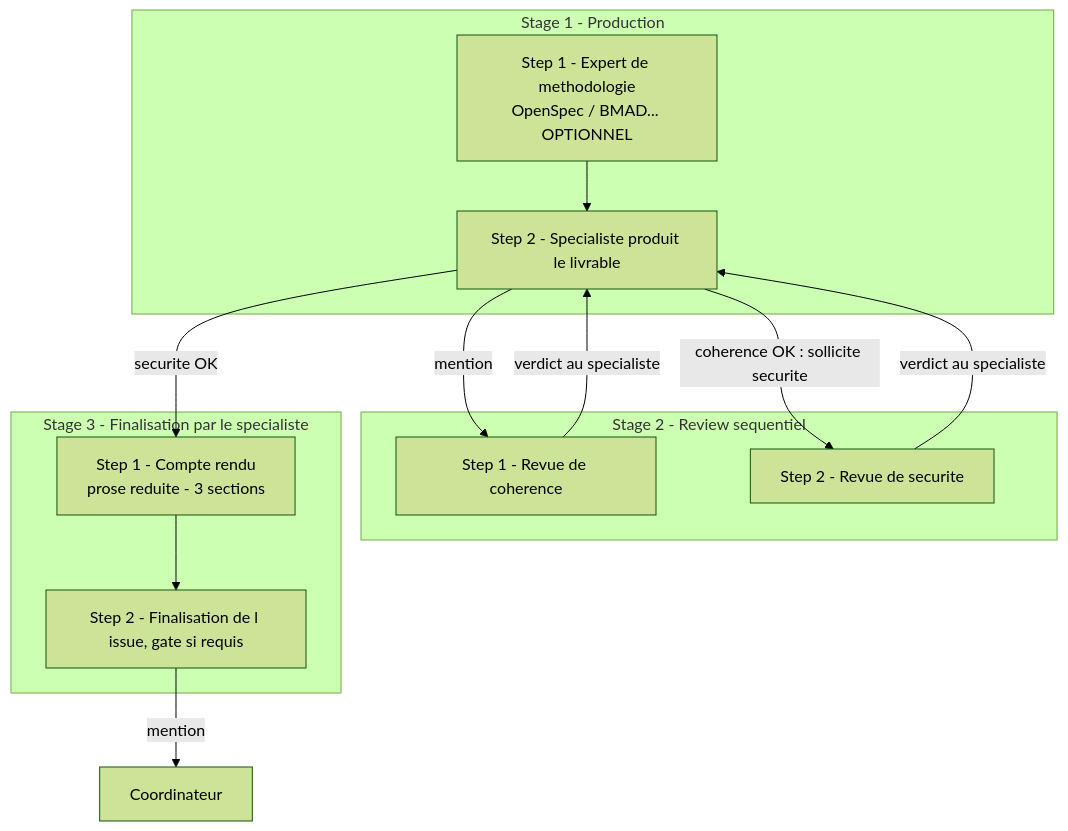
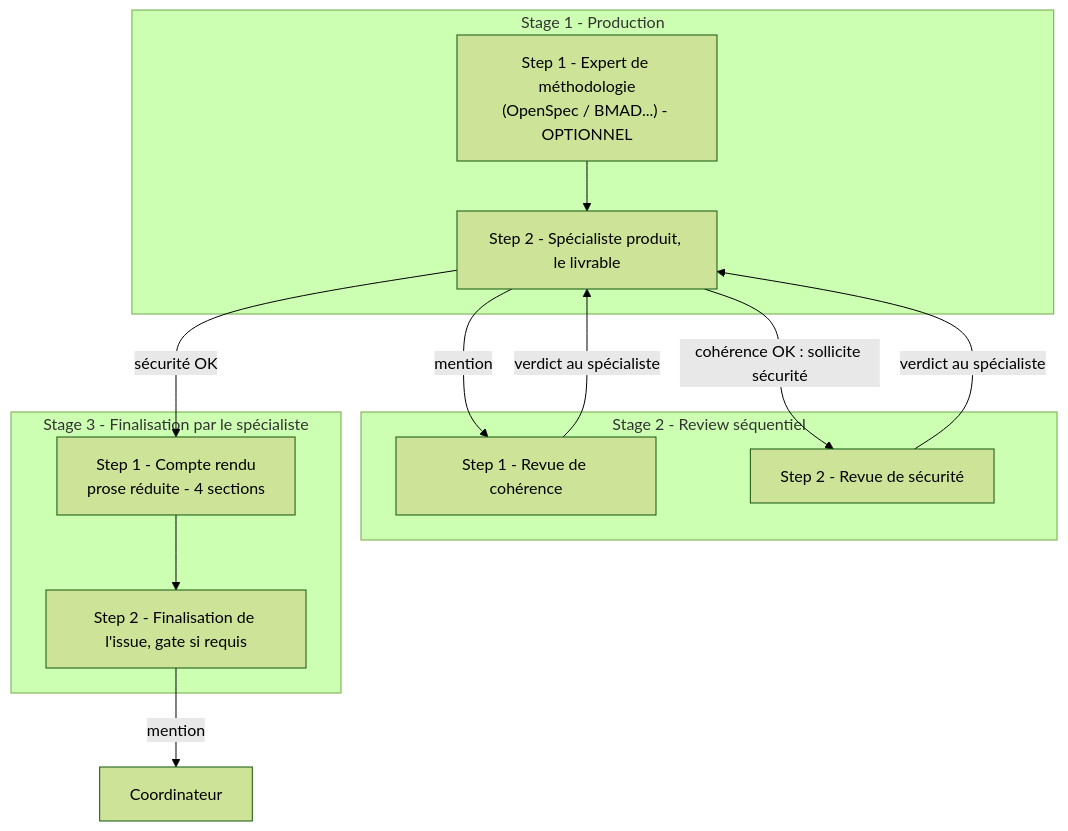
Before and after one commit to Gsyltc/homelab-portfolio: the first of 2 diagrams in core/common/protocols/stage-protocol.md, drawn with Mermaid (forest theme). The commit also changed other lines of this file and 7 other files, not shown here.

````diff
--- a/core/common/protocols/stage-protocol.md
+++ b/core/common/protocols/stage-protocol.md
@@ -9,19 +9,19 @@
 ```mermaid
 flowchart TB
-    subgraph S1[Stage 1 - Production]
-      M[Step 1 - Expert de methodologie<br/>OpenSpec / BMAD... OPTIONNEL] --> SP[Step 2 - Specialiste produit le livrable]
+    subgraph S1["Stage 1 - Production"]
+        M["Step 1 - Expert de méthodologie<br/>(OpenSpec / BMAD...) - OPTIONNEL"] --> SP["Step 2 - Spécialiste produit, le livrable"]
     end
-    subgraph S2[Stage 2 - Review sequentiel]
-      RC[Step 1 - Revue de coherence]
-      RS[Step 2 - Revue de securite]
+    subgraph S2["Stage 2 - Review séquentiel"]
+        RC["Step 1 - Revue de cohérence"]
+        RS["Step 2 - Revue de sécurité"]
     end
-    subgraph S3[Stage 3 - Finalisation par le specialiste]
-      CR[Step 1 - Compte rendu<br/>prose reduite - 3 sections] --> FI[Step 2 - Finalisation de l issue, gate si requis]
+    subgraph S3["Stage 3 - Finalisation par le spécialiste"]
+        CR["Step 1 - Compte rendu<br/>prose réduite - 4 sections"] --> FI["Step 2 - Finalisation de l'issue, gate si requis"]
     end
-    SP -->|mention| RC
-    RC -->|verdict au specialiste| SP
-    RS -->|verdict au specialiste| SP
-    SP -->|coherence OK : sollicite securite| RS
-    SP -->|securite OK| CR
-    FI -->|mention| CO[Coordinateur]
+    SP -->|"mention"| RC
+    RC -->|"verdict au spécialiste"| SP
+    RS -->|"verdict au spécialiste"| SP
+    SP -->|"cohérence OK : sollicite sécurité"| RS
+    SP -->|"sécurité OK"| CR
+    FI -->|"mention"| CO["Coordinateur"]
 ```
````
